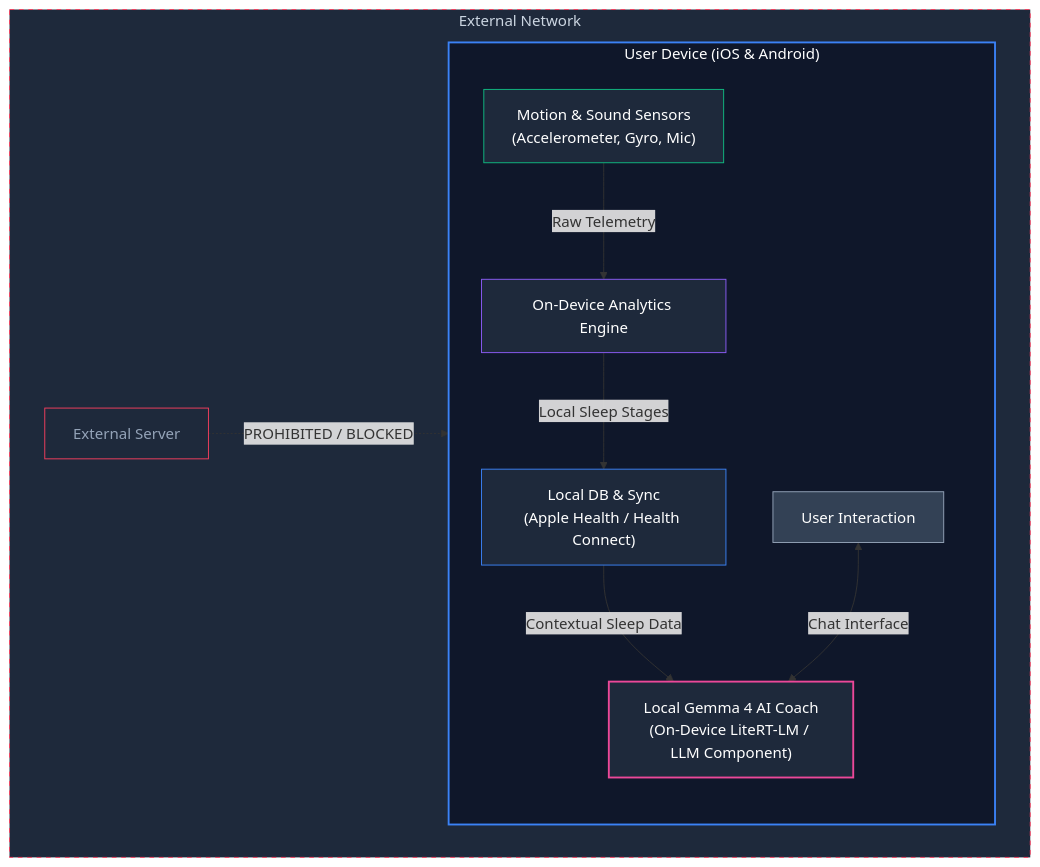
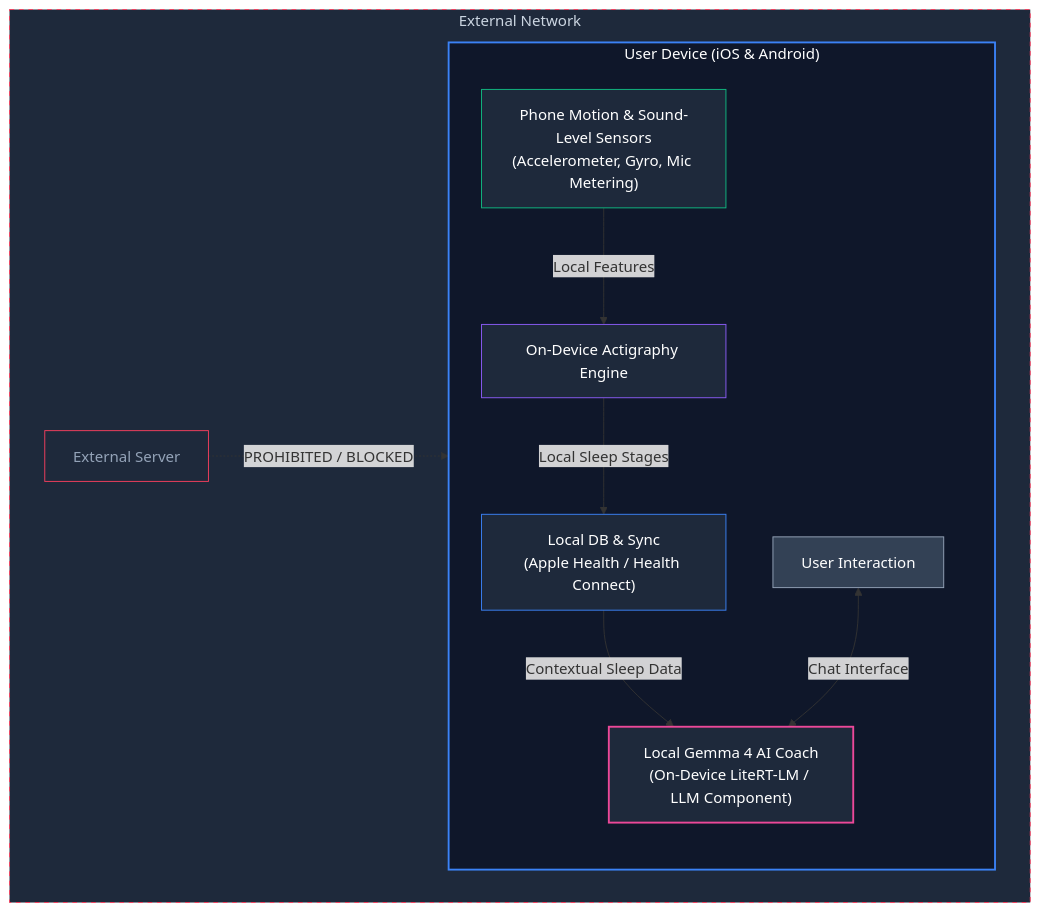
Before and after one commit to timmyy123/opensleep: the diagram in README.md, drawn with Mermaid. The commit also changed other lines of this file and 19 other files, not shown here.

````diff
--- a/README.md
+++ b/README.md
@@ -41,24 +41,24 @@
 ```mermaid
 graph TD
     subgraph Device ["User Device (iOS & Android)"]
-        Sensors["Motion & Sound Sensors<br>(Accelerometer, Gyro, Mic)"] -->|Raw Telemetry| Processor["On-Device Analytics Engine"]
+        Sensors["Phone Motion & Sound-Level Sensors<br>(Accelerometer, Gyro, Mic Metering)"] -->|Local Features| Processor["On-Device Actigraphy Engine"]
         Processor -->|Local Sleep Stages| Storage["Local DB & Sync<br>(Apple Health / Health Connect)"]
         
         Storage -->|Contextual Sleep Data| AI["Local Gemma 4 AI Coach<br>(On-Device LiteRT-LM / LLM Component)"]
         User["User Interaction"] <-->|Chat Interface| AI
     end
     
     subgraph Cloud ["External Network"]
         direction LR
         Server["External Server"] -.->|PROHIBITED / BLOCKED| Device
     end
     
     style Device fill:#0f172a,stroke:#3b82f6,stroke-width:2px,color:#fff
     style Cloud fill:#1e293b,stroke:#f43f5e,stroke-width:1px,stroke-dasharray: 5 5,color:#cbd5e1
     style Sensors fill:#1e293b,stroke:#10b981,stroke-width:1px,color:#fff
     style Processor fill:#1e293b,stroke:#8b5cf6,stroke-width:1px,color:#fff
     style Storage fill:#1e293b,stroke:#3b82f6,stroke-width:1px,color:#fff
     style AI fill:#1e293b,stroke:#ec4899,stroke-width:2px,color:#fff
     style User fill:#334155,stroke:#94a3b8,stroke-width:1px,color:#fff
     style Server fill:#1e293b,stroke:#f43f5e,stroke-width:1px,color:#94a3b8
 ```
````
